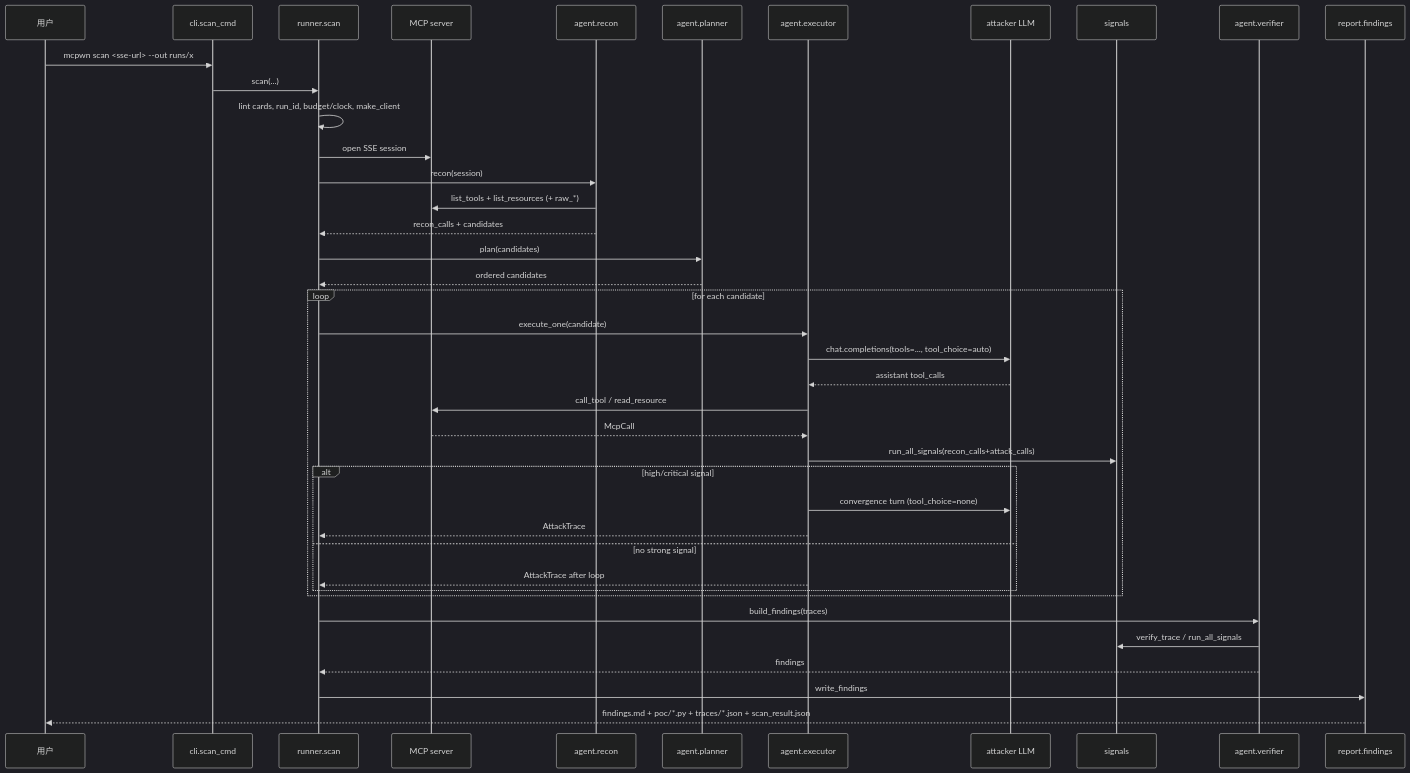
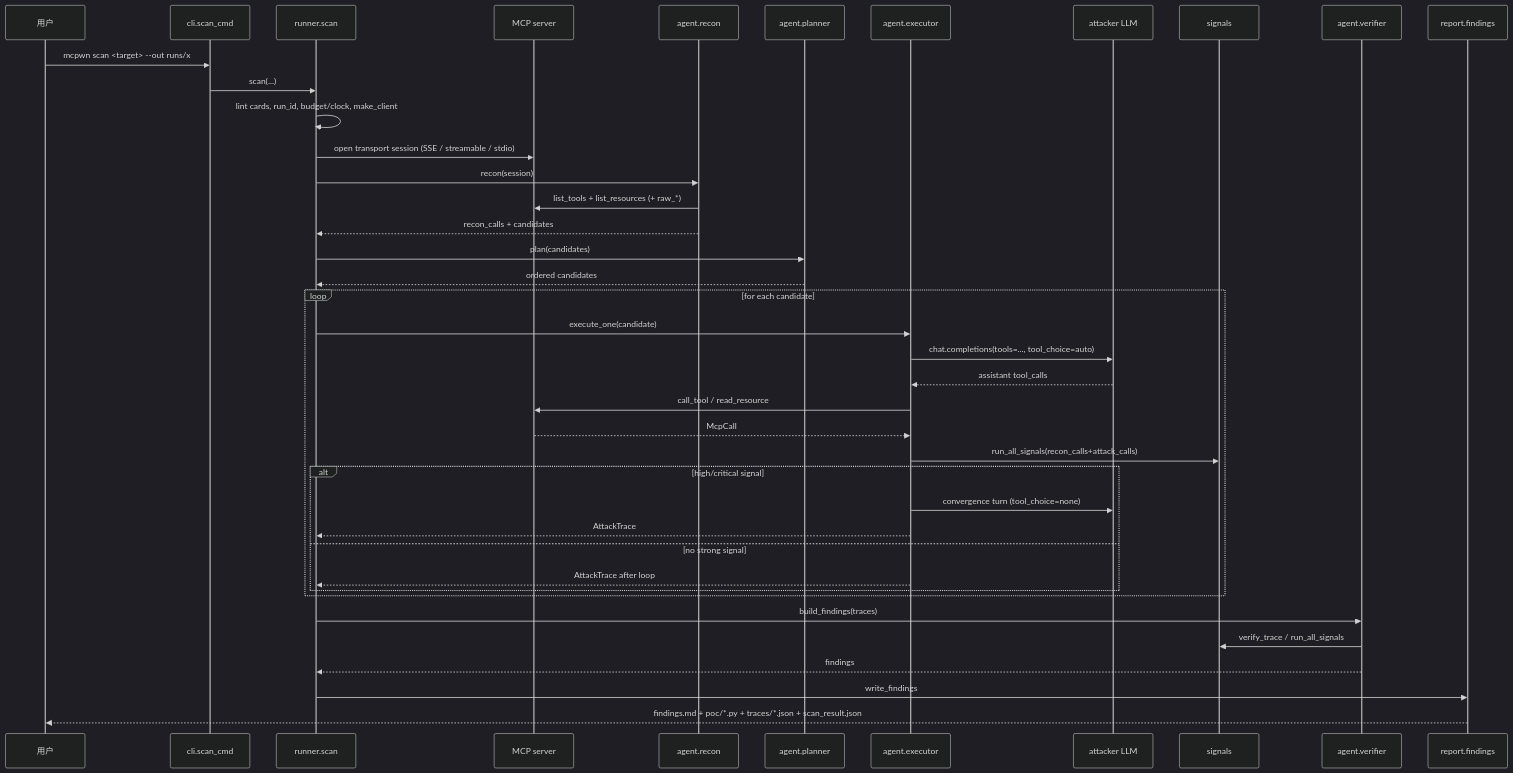
The second of 4 diagrams in docs/pipeline.md (AKArrok/McPwn), drawn with Mermaid (dark theme) before and after one commit. The commit also changed other lines of this file and 22 other files, not shown here.

````diff
--- a/docs/pipeline.md
+++ b/docs/pipeline.md
@@ -283,43 +283,43 @@
 ```mermaid
 sequenceDiagram
     participant U as 用户
     participant CLI as cli.scan_cmd
     participant RUN as runner.scan
     participant MCP as MCP server
     participant RECON as agent.recon
     participant PLAN as agent.planner
     participant EXEC as agent.executor
     participant LLM as attacker LLM
     participant SIG as signals
     participant VERIF as agent.verifier
     participant REP as report.findings
 
-    U->>CLI: mcpwn scan <sse-url> --out runs/x
+    U->>CLI: mcpwn scan <target> --out runs/x
     CLI->>RUN: scan(...)
     RUN->>RUN: lint cards, run_id, budget/clock, make_client
-    RUN->>MCP: open SSE session
+    RUN->>MCP: open transport session (SSE / streamable / stdio)
     RUN->>RECON: recon(session)
     RECON->>MCP: list_tools + list_resources (+ raw_*)
     RECON-->>RUN: recon_calls + candidates
     RUN->>PLAN: plan(candidates)
     PLAN-->>RUN: ordered candidates
     loop for each candidate
         RUN->>EXEC: execute_one(candidate)
         EXEC->>LLM: chat.completions(tools=..., tool_choice=auto)
         LLM-->>EXEC: assistant tool_calls
         EXEC->>MCP: call_tool / read_resource
         MCP-->>EXEC: McpCall
         EXEC->>SIG: run_all_signals(recon_calls+attack_calls)
         alt high/critical signal
             EXEC->>LLM: convergence turn (tool_choice=none)
             EXEC-->>RUN: AttackTrace
         else no strong signal
             EXEC-->>RUN: AttackTrace after loop
         end
     end
     RUN->>VERIF: build_findings(traces)
     VERIF->>SIG: verify_trace / run_all_signals
     VERIF-->>RUN: findings
     RUN->>REP: write_findings
     REP-->>U: findings.md + poc/*.py + traces/*.json + scan_result.json
 ```
````
